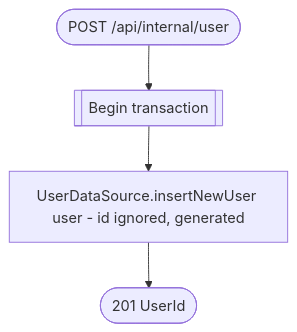
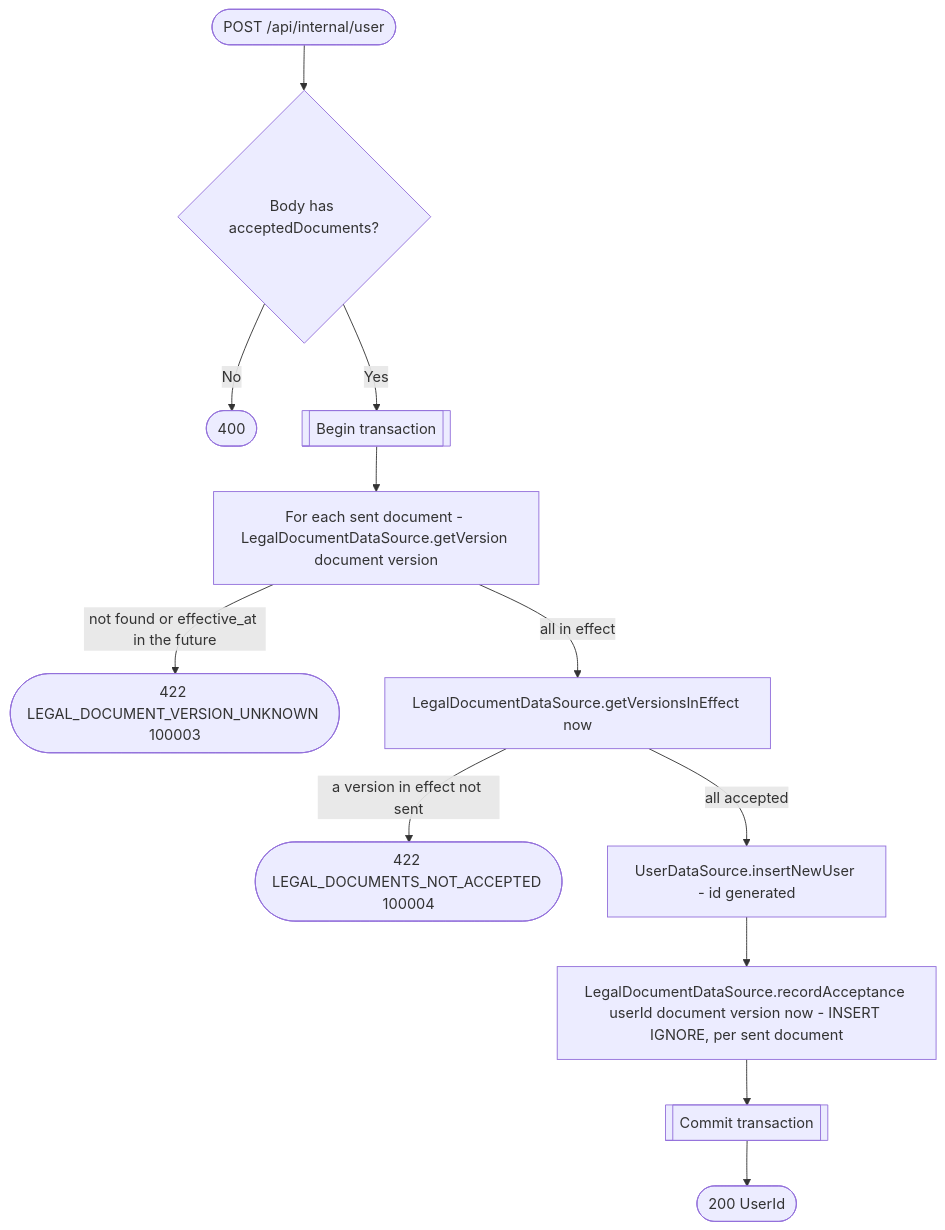
One commit to nocturneproperties/bookkme changed the diagram in docs/operations/user/create-user-internal.md. Above: the diagram before and after it, drawn with Mermaid. The commit also changed other lines of this file and 54 other files, not shown here.

Commit message:
[ISSUE-129] add legal document acceptance records

````diff
--- a/docs/operations/user/create-user-internal.md
+++ b/docs/operations/user/create-user-internal.md
@@ -10,6 +18,14 @@
 ```mermaid
 flowchart TD
-    Start([POST /api/internal/user]) --> Tx[[Begin transaction]]
-    Tx --> Insert[UserDataSource.insertNewUser user - id ignored, generated]
-    Insert --> R201([201 UserId])
+    Start([POST /api/internal/user]) --> Decode{Body has acceptedDocuments?}
+    Decode -- No --> R400([400])
+    Decode -- Yes --> Tx[[Begin transaction]]
+    Tx --> Each[For each sent document - LegalDocumentDataSource.getVersion document version]
+    Each -- not found or effective_at in the future --> R422a([422 LEGAL_DOCUMENT_VERSION_UNKNOWN 100003])
+    Each -- all in effect --> InEffect[LegalDocumentDataSource.getVersionsInEffect now]
+    InEffect -- a version in effect not sent --> R422b([422 LEGAL_DOCUMENTS_NOT_ACCEPTED 100004])
+    InEffect -- all accepted --> Insert[UserDataSource.insertNewUser - id generated]
+    Insert --> Record[LegalDocumentDataSource.recordAcceptance userId document version now - INSERT IGNORE, per sent document]
+    Record --> Commit[[Commit transaction]]
+    Commit --> R200([200 UserId])
 ```
````
